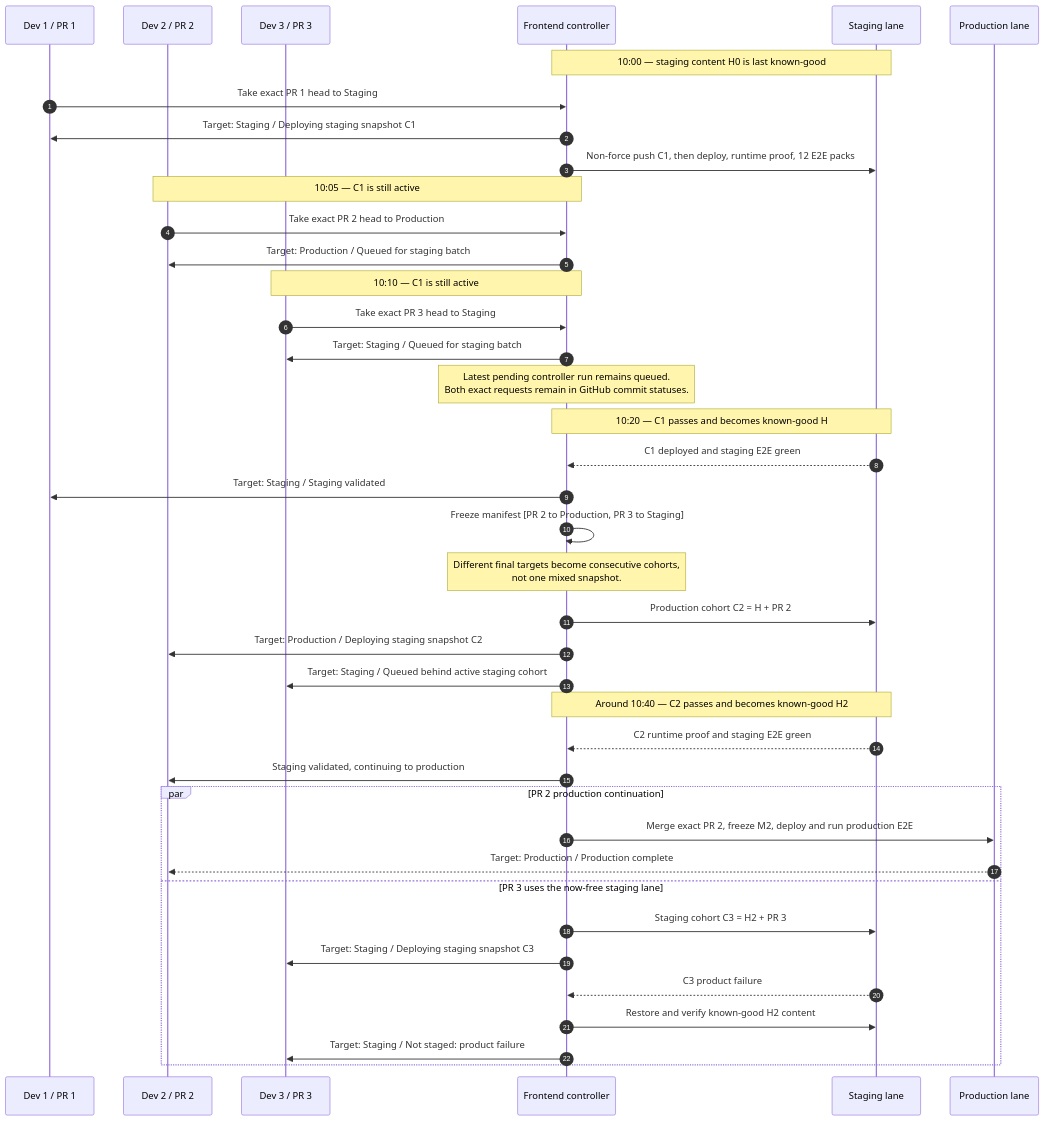
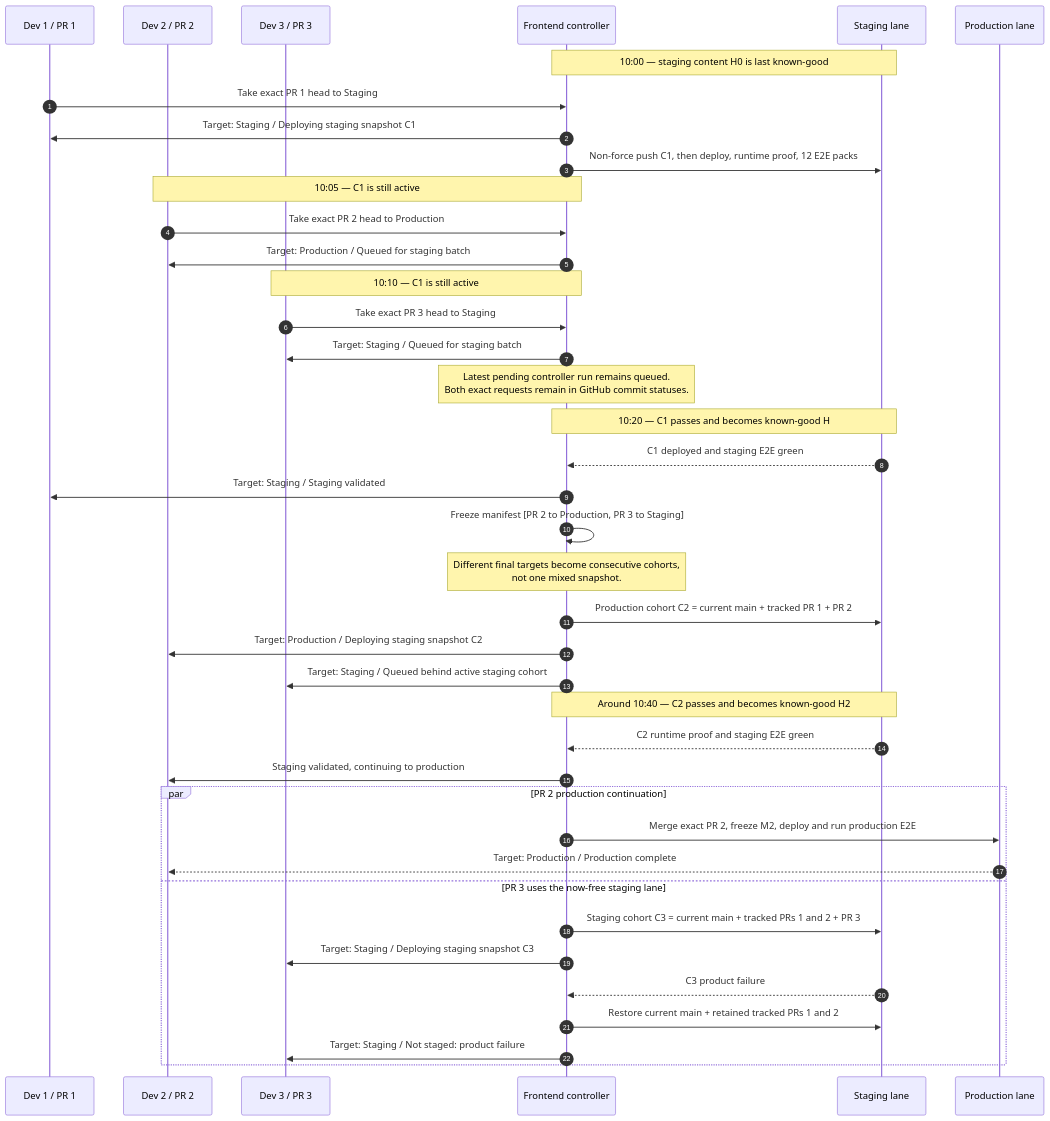
Before and after one commit to 6529-Collections/deploy-hub: the diagram in docs/frontend/flows/02-staging-batching-timeline.md, drawn with Mermaid. The commit also changed 11 other files, not shown here.

````diff
--- a/docs/frontend/flows/02-staging-batching-timeline.md
+++ b/docs/frontend/flows/02-staging-batching-timeline.md
@@ -7,48 +7,48 @@
 ```mermaid
 sequenceDiagram
     autonumber
     participant P1 as Dev 1 / PR 1
     participant P2 as Dev 2 / PR 2
     participant P3 as Dev 3 / PR 3
     participant DH as Frontend controller
     participant STG as Staging lane
     participant PROD as Production lane
 
     Note over DH,STG: 10:00 — staging content H0 is last known-good
     P1->>DH: Take exact PR 1 head to Staging
     DH->>P1: Target: Staging / Deploying staging snapshot C1
     DH->>STG: Non-force push C1, then deploy, runtime proof, 12 E2E packs
 
     Note over P2,DH: 10:05 — C1 is still active
     P2->>DH: Take exact PR 2 head to Production
     DH->>P2: Target: Production / Queued for staging batch
 
     Note over P3,DH: 10:10 — C1 is still active
     P3->>DH: Take exact PR 3 head to Staging
     DH->>P3: Target: Staging / Queued for staging batch
     Note over DH: Latest pending controller run remains queued.<br/>Both exact requests remain in GitHub commit statuses.
 
     Note over DH,STG: 10:20 — C1 passes and becomes known-good H
     STG-->>DH: C1 deployed and staging E2E green
     DH->>P1: Target: Staging / Staging validated
     DH->>DH: Freeze manifest [PR 2 to Production, PR 3 to Staging]
     Note over DH: Different final targets become consecutive cohorts,<br/>not one mixed snapshot.
-    DH->>STG: Production cohort C2 = H + PR 2
+    DH->>STG: Production cohort C2 = current main + tracked PR 1 + PR 2
     DH->>P2: Target: Production / Deploying staging snapshot C2
     DH->>P3: Target: Staging / Queued behind active staging cohort
 
     Note over DH,STG: Around 10:40 — C2 passes and becomes known-good H2
     STG-->>DH: C2 runtime proof and staging E2E green
     DH->>P2: Staging validated, continuing to production
 
     par PR 2 production continuation
         DH->>PROD: Merge exact PR 2, freeze M2, deploy and run production E2E
         PROD-->>P2: Target: Production / Production complete
     and PR 3 uses the now-free staging lane
-        DH->>STG: Staging cohort C3 = H2 + PR 3
+        DH->>STG: Staging cohort C3 = current main + tracked PRs 1 and 2 + PR 3
         DH->>P3: Target: Staging / Deploying staging snapshot C3
         STG-->>DH: C3 product failure
-        DH->>STG: Restore and verify known-good H2 content
+        DH->>STG: Restore current main + retained tracked PRs 1 and 2
         DH->>P3: Target: Staging / Not staged: product failure
     end
 ```
````
